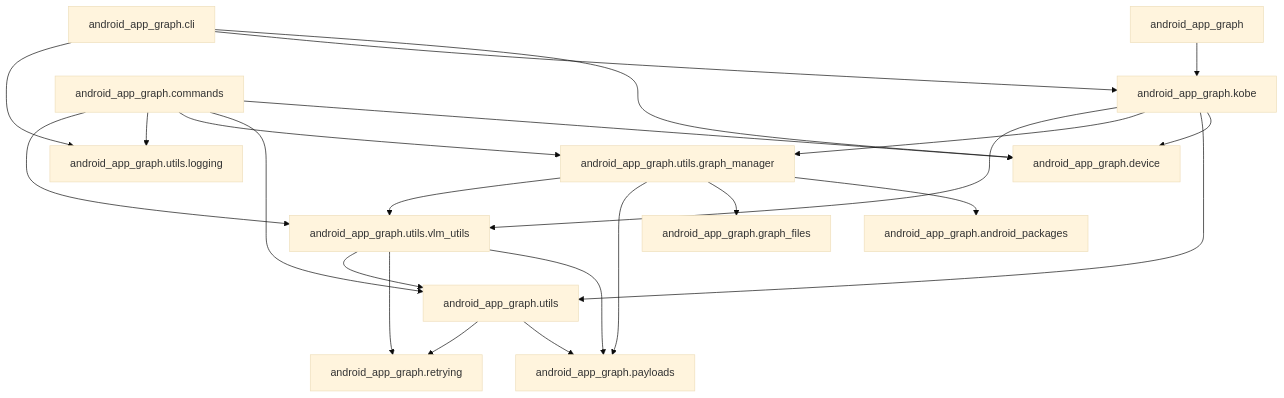
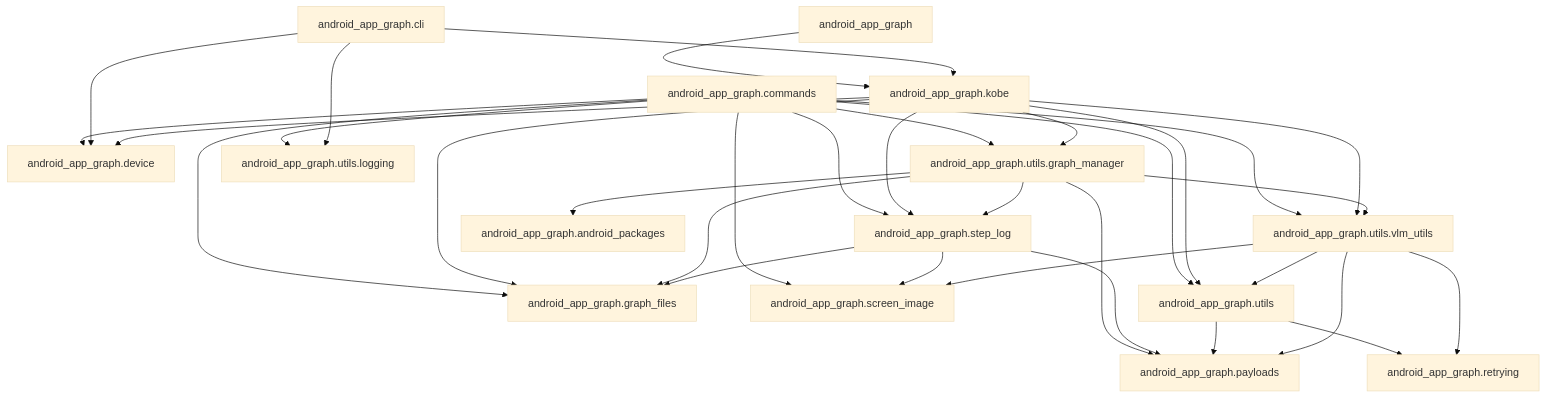
Before and after one commit to john-agi/Android-App-Graph: the diagram in README.md, drawn with Mermaid (base theme). The commit also changed other lines of this file and 18 other files, not shown here.

First line of the commit message:
Record every step's screenshot as WebP, and make each node the list of its member steps (#180)

````diff
--- a/README.md
+++ b/README.md
@@ -49,25 +51,35 @@
 ```mermaid
 graph TD;
     pkg["android_app_graph"] --> kobe["android_app_graph.kobe"];
     cmd["android_app_graph.commands"] --> dev["android_app_graph.device"];
+    cmd --> gf["android_app_graph.graph_files"];
+    cmd --> img["android_app_graph.screen_image"];
+    cmd --> steps["android_app_graph.step_log"];
     cmd --> utils["android_app_graph.utils"];
     cmd --> gm["android_app_graph.utils.graph_manager"];
     cmd --> logging["android_app_graph.utils.logging"];
     cmd --> vlm["android_app_graph.utils.vlm_utils"];
     cli["android_app_graph.cli"] --> dev;
     cli --> kobe;
     cli --> logging;
     kobe --> dev;
+    kobe --> gf;
+    kobe --> steps;
     kobe --> utils;
     kobe --> gm;
     kobe --> vlm;
     gm --> pkgs["android_app_graph.android_packages"];
-    gm --> gf["android_app_graph.graph_files"];
+    gm --> gf;
     gm --> pay["android_app_graph.payloads"];
+    gm --> steps;
     gm --> vlm;
+    steps --> gf;
+    steps --> pay;
+    steps --> img;
     utils --> pay;
     utils --> retry["android_app_graph.retrying"];
     vlm --> pay;
     vlm --> retry;
+    vlm --> img;
     vlm --> utils;
 ```
````
